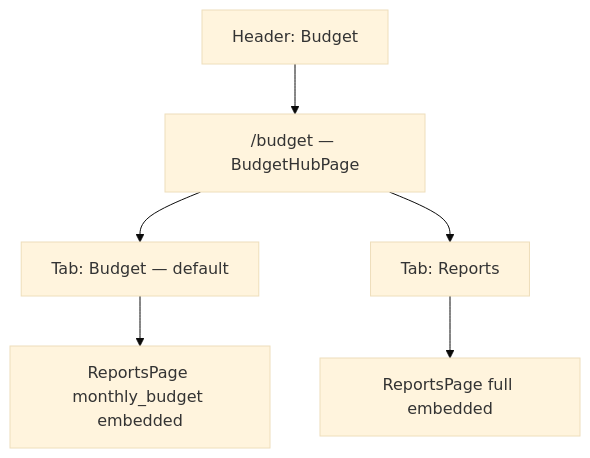
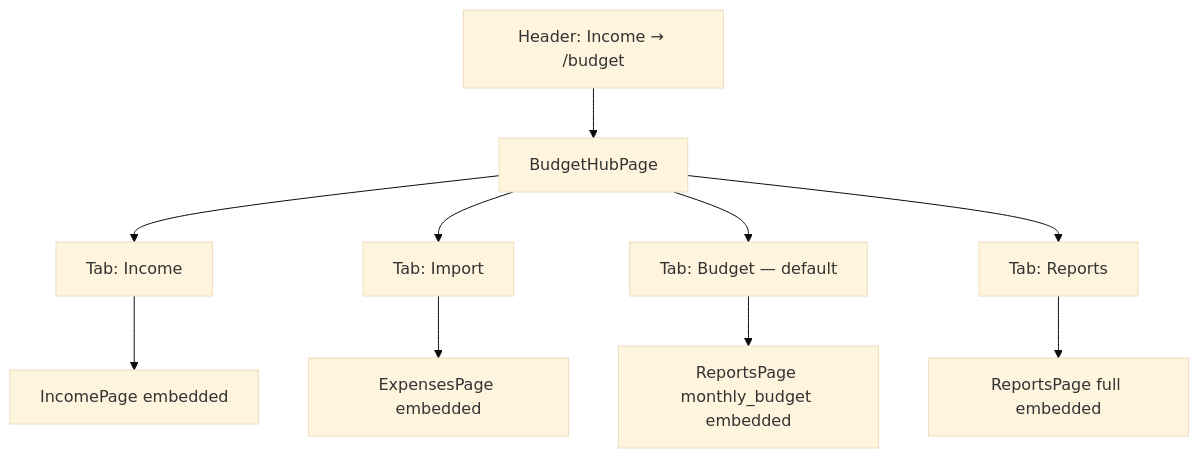
Before and after one commit to becomeonewiththecode/expense_tracker: the second of 3 diagrams in docs/BUDGETING.md, drawn with Mermaid (base theme). The commit also changed other lines of this file and 26 other files, not shown here.

First line of the commit message:
feat(ui): consolidate budget hub, nav, tables, and docs

````diff
--- a/docs/BUDGETING.md
+++ b/docs/BUDGETING.md
@@ -66,8 +66,12 @@
 ```mermaid
 flowchart TB
-  Menu[Header: Budget] --> Hub["/budget — BudgetHubPage"]
+  Menu["Header: Income → /budget"] --> Hub["BudgetHubPage"]
+  Hub --> TabI["Tab: Income"]
+  Hub --> TabM["Tab: Import"]
   Hub --> TabB["Tab: Budget — default"]
-  Hub --> TabR[Tab: Reports]
+  Hub --> TabR["Tab: Reports"]
+  TabI --> EmbI["IncomePage embedded"]
+  TabM --> EmbM["ExpensesPage embedded"]
   TabB --> EmbB["ReportsPage monthly_budget embedded"]
   TabR --> EmbR["ReportsPage full embedded"]
 ```
````
